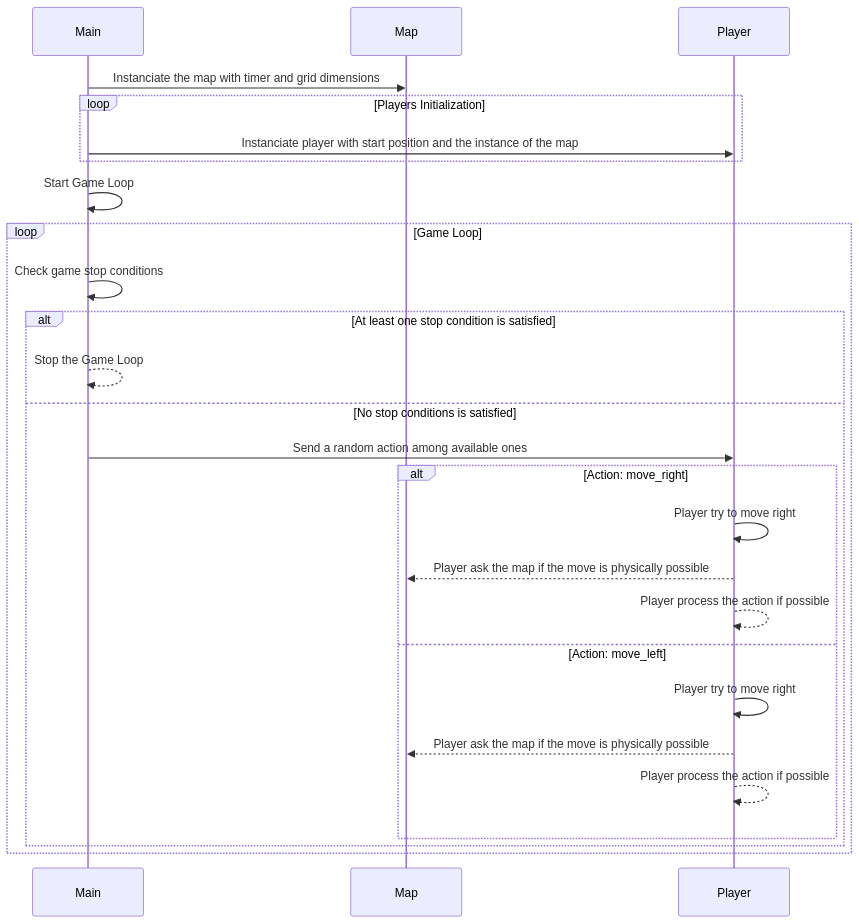
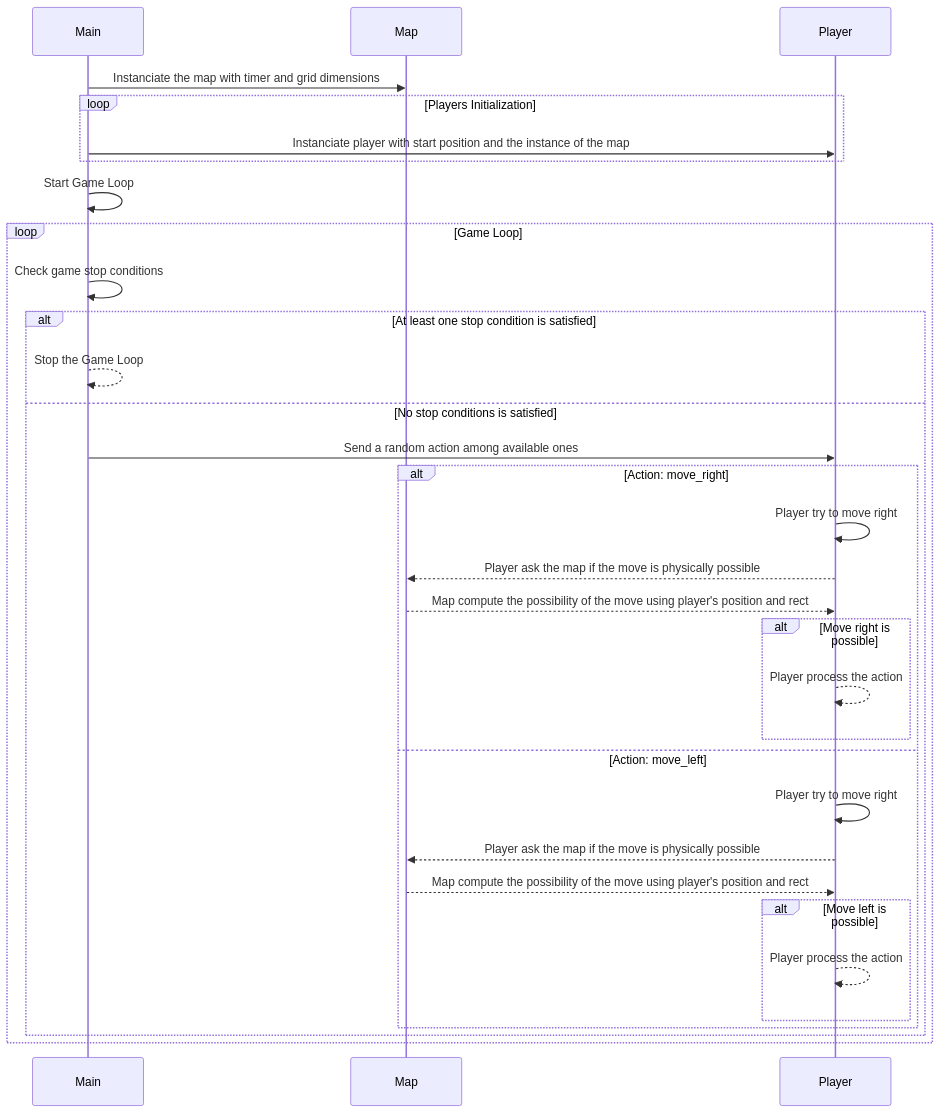
Before and after one commit to JellyCorp/punching-jellies: the first of 2 diagrams in README.md, drawn with Mermaid. The commit also changed other lines of this file, not shown here.

````diff
--- a/README.md
+++ b/README.md
@@ -4,31 +6,37 @@
 ```mermaid
     sequenceDiagram
         participant Main
         participant Map
         participant Player
 
         Main->>Map: Instanciate the map with timer and grid dimensions
         loop Players Initialization
             Main->>Player: Instanciate player with start position and the instance of the map
         end
 
         Main->>Main: Start Game Loop
 
         loop Game Loop
             Main->>Main: Check game stop conditions
             alt At least one stop condition is satisfied
                 Main-->>Main: Stop the Game Loop
             else No stop conditions is satisfied
                 Main->>Player: Send a random action among available ones
                 alt Action: move_right
                     Player->>Player: Player try to move right
                     Player-->>Map: Player ask the map if the move is physically possible
-                    Player-->>Player: Player process the action if possible
+                    Map-->>Player: Map compute the possibility of the move using player's position and rect
+                    alt Move right is possible
+                        Player-->>Player: Player process the action
+                    end
                 else Action: move_left
                     Player->>Player: Player try to move right
                     Player-->>Map: Player ask the map if the move is physically possible
-                    Player-->>Player: Player process the action if possible
+                    Map-->>Player: Map compute the possibility of the move using player's position and rect
+                    alt Move left is possible
+                        Player-->>Player: Player process the action
+                    end
                 end
             end
         end
 ```
````
